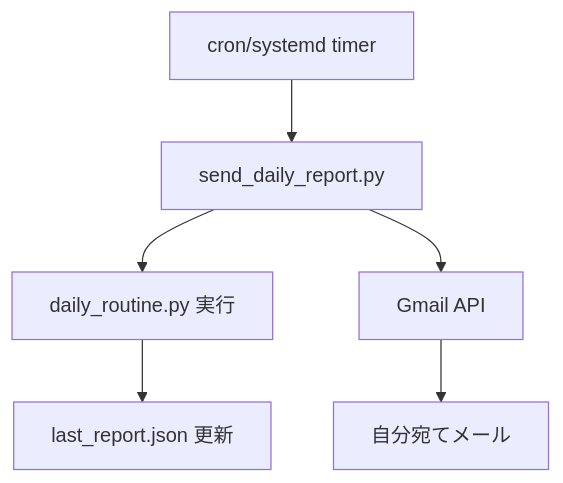
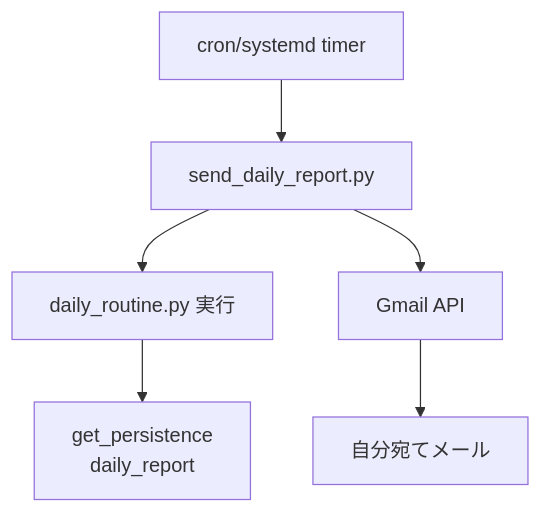
One commit to kosei-doi/stock_v7 changed the sixth of 6 diagrams in docs/ARCHITECTURE.md. Above: the diagram before and after it, drawn with Mermaid. The commit also changed other lines of this file and 7 other files, not shown here.

First line of the commit message:
docs: DB-7 sqlite API tests and architecture persistence docs.

````diff
--- a/docs/ARCHITECTURE.md
+++ b/docs/ARCHITECTURE.md
@@ -193,8 +189,8 @@
 ```mermaid
 flowchart TD
   CRON[cron/systemd timer] --> SDR[send_daily_report.py]
   SDR --> DR[daily_routine.py 実行]
-  DR --> LR[last_report.json 更新]
+  DR --> PERS2[get_persistence<br/>daily_report]
   SDR --> GM[Gmail API]
   GM --> MAIL[自分宛てメール]
 ```
````
